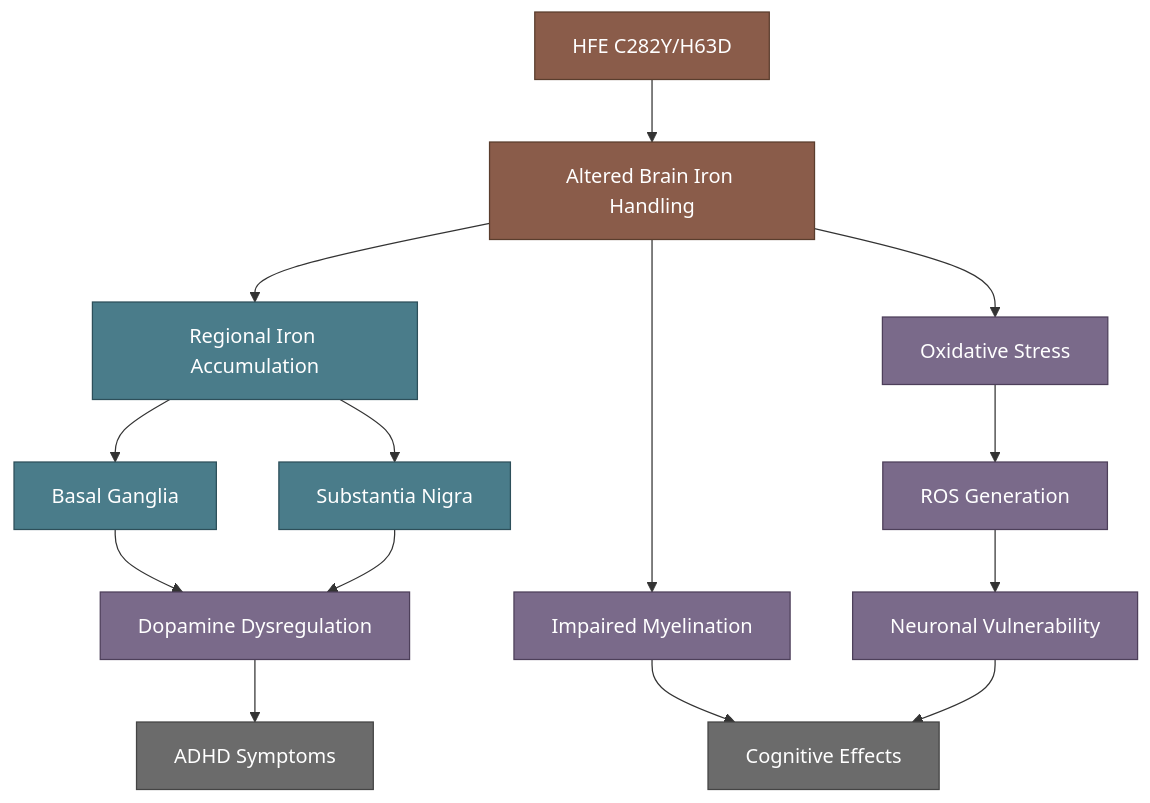
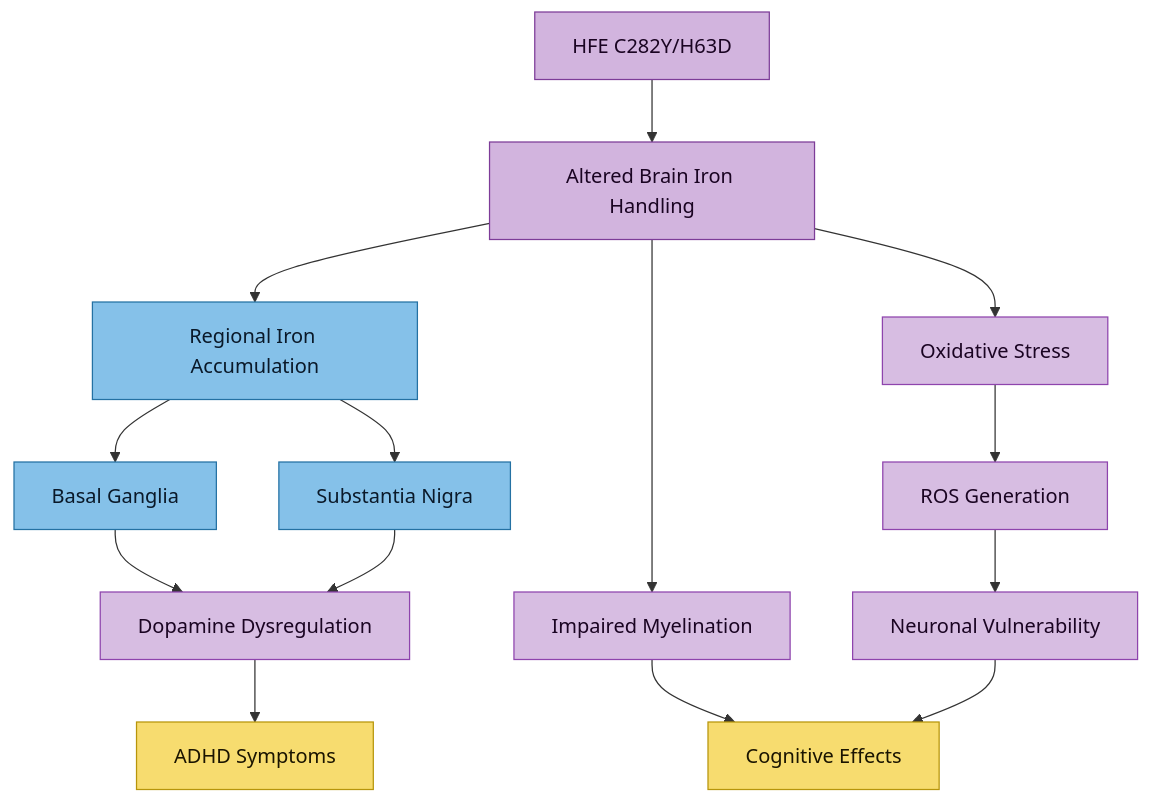
The diagram in neurodevelopment/HFE Variants and Brain Iron.md (Aegis-commits/ag-hfe-adhd-asd-research), drawn with Mermaid before and after one commit. The commit also changed 39 other files, not shown here.

First line of the commit message:
docs(vault): standardise diagram colours for light-mode readability, add MOC quick nav

````diff
--- a/neurodevelopment/HFE Variants and Brain Iron.md
+++ b/neurodevelopment/HFE Variants and Brain Iron.md
@@ -30,31 +30,31 @@
 ```mermaid
 flowchart TD
     A[HFE C282Y/H63D] --> B[Altered Brain Iron Handling]
     B --> C[Regional Iron Accumulation]
 
     C --> D[Basal Ganglia]
     C --> E[Substantia Nigra]
 
     D --> F[Dopamine Dysregulation]
     E --> F
 
     B --> G[Impaired Myelination]
     B --> H[Oxidative Stress]
 
     H --> I[ROS Generation]
     I --> J[Neuronal Vulnerability]
 
     F --> K[ADHD Symptoms]
     G --> L[Cognitive Effects]
     J --> L
 
-    classDef hfe fill:#8a5c4a,stroke:#5a3d2d,color:#fff
-    classDef region fill:#4a7c8a,stroke:#2d4f5a,color:#fff
-    classDef effect fill:#7a6a8a,stroke:#4d3f5a,color:#fff
-    classDef outcome fill:#6b6b6b,stroke:#444,color:#fff
+    classDef hfe fill:#d2b4de,stroke:#7d3c98,color:#1a0422
+    classDef region fill:#85c1e9,stroke:#2471a3,color:#0a1929
+    classDef effect fill:#d7bde2,stroke:#8e44ad,color:#1a0422
+    classDef outcome fill:#f7dc6f,stroke:#b7950b,color:#1a1400
 
     class A,B hfe
     class C,D,E region
     class F,G,H,I,J effect
     class K,L outcome
 ```
````
